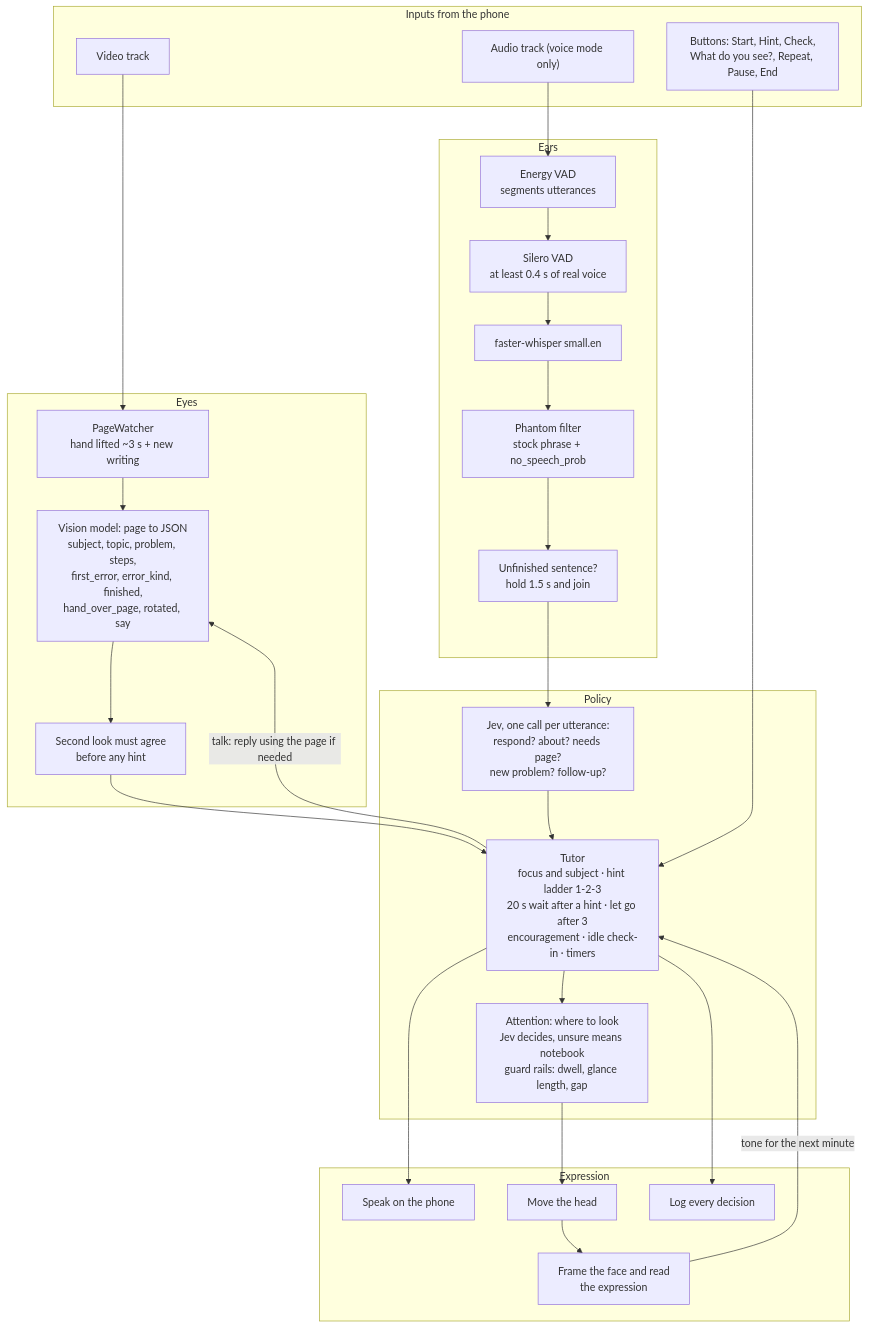
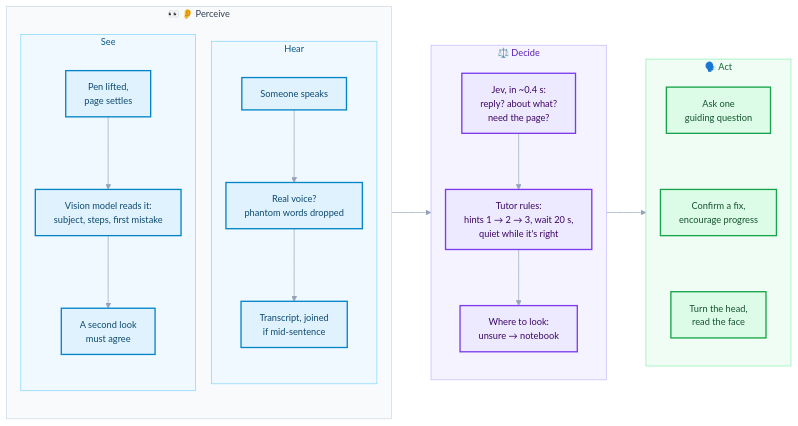
One commit to SenseiAIEd/SenseiAI changed the second of 3 diagrams in README.md. Above: the diagram before and after it, drawn with Mermaid. The commit also changed other lines of this file and 2 other files, not shown here.

First line of the commit message:
SenseiDesk: let a human tutor or parent watch and steer a session

````diff
--- a/README.md
+++ b/README.md
@@ -88,43 +93,39 @@
 ```mermaid
-flowchart TB
-    subgraph IN["Inputs from the phone"]
-        Video["Video track"]
-        Audio["Audio track (voice mode only)"]
-        Taps["Buttons: Start, Hint, Check,<br/>What do you see?, Repeat, Pause, End"]
+%%{init: {"theme": "base", "themeVariables": {"fontSize": "14px", "lineColor": "#94a3b8", "primaryTextColor": "#1e293b"}, "flowchart": {"curve": "basis", "nodeSpacing": 24, "rankSpacing": 60, "padding": 14}}}%%
+flowchart LR
+    subgraph sense ["👀 👂 Perceive"]
+        direction TB
+        subgraph hear ["Hear"]
+            direction TB
+            h1["Someone speaks"] --> h2["Real voice?<br/>phantom words dropped"] --> h3["Transcript, joined<br/>if mid-sentence"]
+        end
+        subgraph see ["See"]
+            direction TB
+            s1["Pen lifted,<br/>page settles"] --> s2["Vision model reads it:<br/>subject, steps, first mistake"] --> s3["A second look<br/>must agree"]
+        end
     end
 
-    subgraph EYES["Eyes"]
-        Watch["PageWatcher<br/>hand lifted ~3 s + new writing"]
-        Look["Vision model: page to JSON<br/>subject, topic, problem, steps,<br/>first_error, error_kind, finished,<br/>hand_over_page, rotated, say"]
-        Confirm["Second look must agree<br/>before any hint"]
+    subgraph decide ["⚖️ Decide"]
+        direction TB
+        d1["Jev, in ~0.4 s:<br/>reply? about what?<br/>need the page?"] --> d2["Tutor rules:<br/>hints 1 → 2 → 3, wait 20 s,<br/>quiet while it's right"] --> d3["Where to look:<br/>unsure → notebook"]
     end
 
-    subgraph EARS["Ears"]
-        VAD["Energy VAD<br/>segments utterances"]
-        Silero["Silero VAD<br/>at least 0.4 s of real voice"]
-        Whisper["faster-whisper small.en"]
-        Phantom["Phantom filter<br/>stock phrase + no_speech_prob"]
-        Hold["Unfinished sentence?<br/>hold 1.5 s and join"]
+    subgraph act ["🗣️ Act"]
+        direction TB
+        a1["Ask one<br/>guiding question"] ~~~ a2["Confirm a fix,<br/>encourage progress"] ~~~ a3["Turn the head,<br/>read the face"]
     end
 
-    subgraph POLICY["Policy"]
-        JevU["Jev, one call per utterance:<br/>respond? about? needs page?<br/>new problem? follow-up?"]
-        Tutor["Tutor<br/>focus and subject · hint ladder 1-2-3<br/>20 s wait after a hint · let go after 3<br/>encouragement · idle check-in · timers"]
-        Attn["Attention: where to look<br/>Jev decides, unsure means notebook<br/>guard rails: dwell, glance length, gap"]
-    end
+    sense --> decide --> act
 
-    subgraph OUT["Expression"]
-        Say["Speak on the phone"]
-        Move["Move the head"]
-        Frame["Frame the face and read<br/>the expression"]
-        Log["Log every decision"]
-    end
-
-    Video --> Watch --> Look --> Confirm --> Tutor
-    Audio --> VAD --> Silero --> Whisper --> Phantom --> Hold --> JevU --> Tutor
-    Taps --> Tutor
-    Tutor -- "talk: reply using the page if needed" --> Look
-    Tutor --> Say
-    Tutor --> Attn --> Move --> Frame -- "tone for the next minute" --> Tutor
-    Tutor --> Log
+    classDef sense fill:#e0f2fe,stroke:#0284c7,stroke-width:2px,color:#0c4a6e
+    classDef think fill:#ede9fe,stroke:#7c3aed,stroke-width:2px,color:#3b0764
+    classDef act fill:#dcfce7,stroke:#16a34a,stroke-width:2px,color:#14532d
+    class s1,s2,s3,h1,h2,h3 sense
+    class d1,d2,d3 think
+    class a1,a2,a3 act
+    style sense fill:#f8fafc,stroke:#cbd5e1,color:#334155
+    style see fill:#f0f9ff,stroke:#7dd3fc,color:#075985
+    style hear fill:#f0f9ff,stroke:#7dd3fc,color:#075985
+    style decide fill:#f5f3ff,stroke:#c4b5fd,color:#5b21b6
+    style act fill:#f0fdf4,stroke:#86efac,color:#166534
 ```
````
